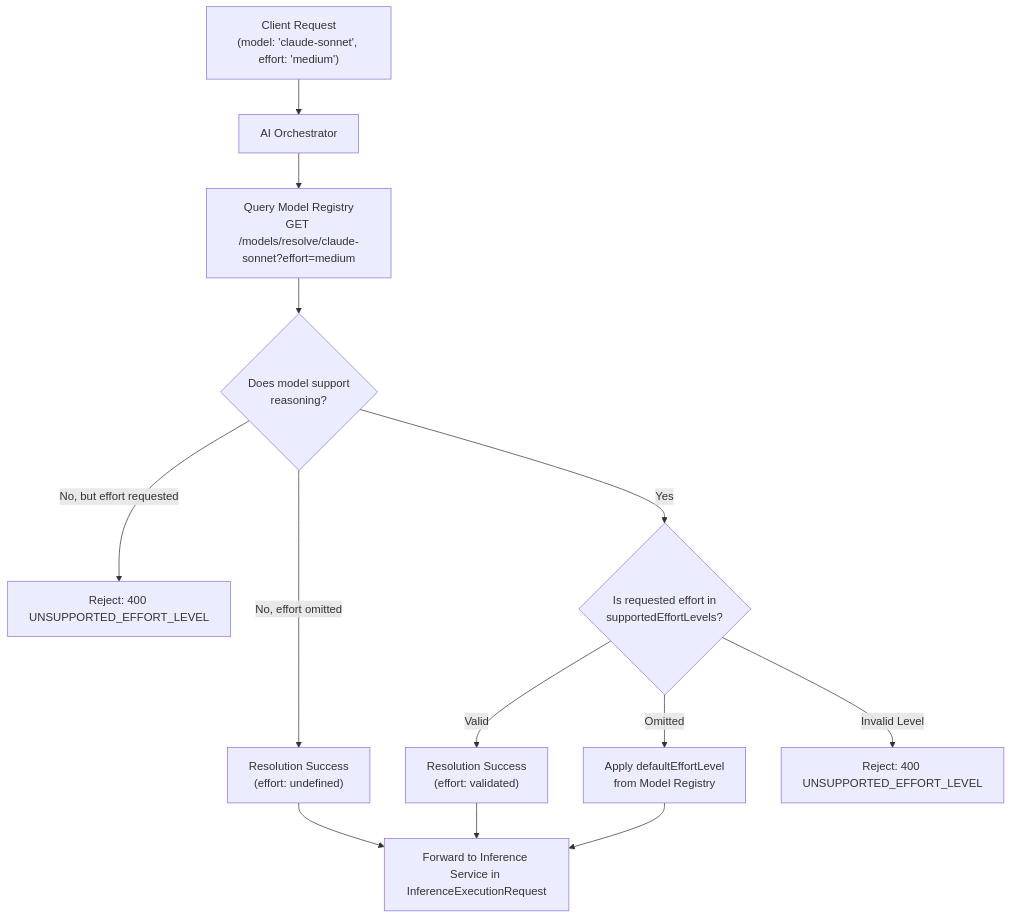
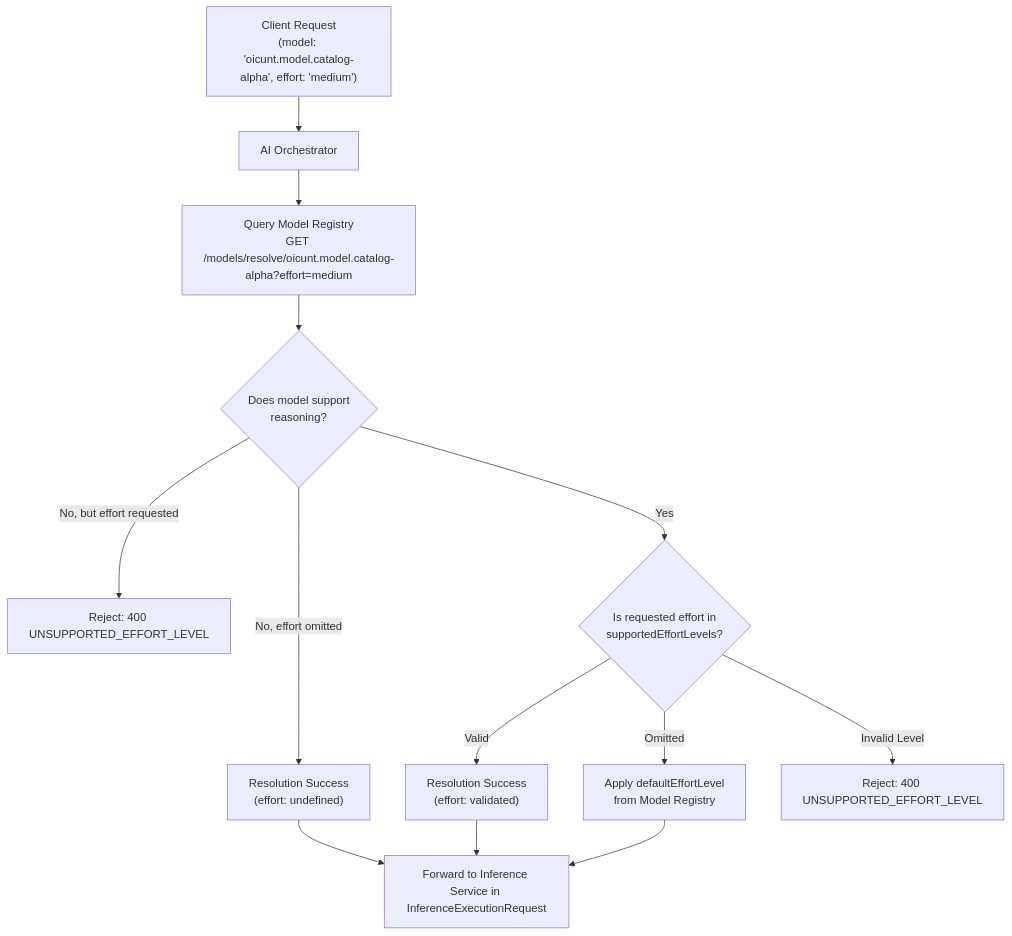
One commit to oicunt-ai/ai-platform changed the second of 3 diagrams in docs/contracts/ai-orchestrator.md. Above: the diagram before and after it, drawn with Mermaid. The commit also changed other lines of this file and 35 other files, not shown here.

Commit message:
docs(ai): align architecture and contracts

````diff
--- a/docs/contracts/ai-orchestrator.md
+++ b/docs/contracts/ai-orchestrator.md
@@ -413,15 +413,15 @@
 ```mermaid
 flowchart TD
-    ClientReq["Client Request<br/>(model: 'claude-sonnet', effort: 'medium')"] --> Orch[AI Orchestrator]
-    Orch --> Resolve["Query Model Registry<br/>GET /models/resolve/claude-sonnet?effort=medium"]
+    ClientReq["Client Request<br/>(model: 'oicunt.model.catalog-alpha', effort: 'medium')"] --> Orch[AI Orchestrator]
+    Orch --> Resolve["Query Model Registry<br/>GET /models/resolve/oicunt.model.catalog-alpha?effort=medium"]
     Resolve --> Check{"Does model support<br/>reasoning?"}
     Check -- No, but effort requested --> ErrEffort["Reject: 400 UNSUPPORTED_EFFORT_LEVEL"]
     Check -- No, effort omitted --> PassNoEffort["Resolution Success<br/>(effort: undefined)"]
     Check -- Yes --> ValidateEffort{"Is requested effort in<br/>supportedEffortLevels?"}
     ValidateEffort -- Valid --> PassEffort["Resolution Success<br/>(effort: validated)"]
     ValidateEffort -- Omitted --> ApplyDefault["Apply defaultEffortLevel<br/>from Model Registry"]
     ValidateEffort -- Invalid Level --> ErrInvalid["Reject: 400 UNSUPPORTED_EFFORT_LEVEL"]
     PassEffort --> Dispatch[Forward to Inference Service in InferenceExecutionRequest]
     ApplyDefault --> Dispatch
     PassNoEffort --> Dispatch
 ```
````
